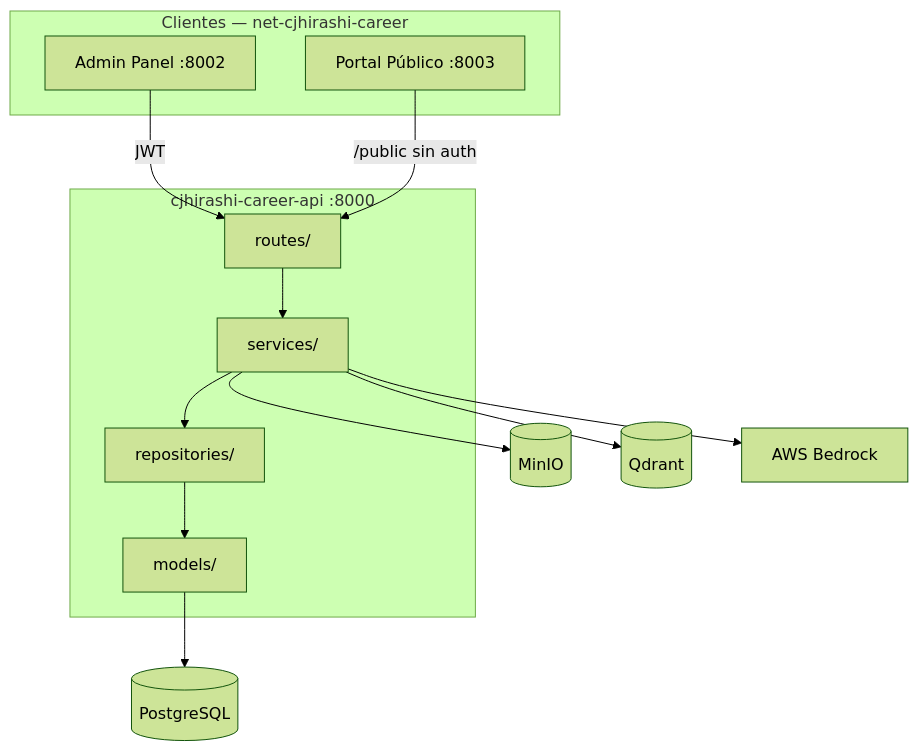
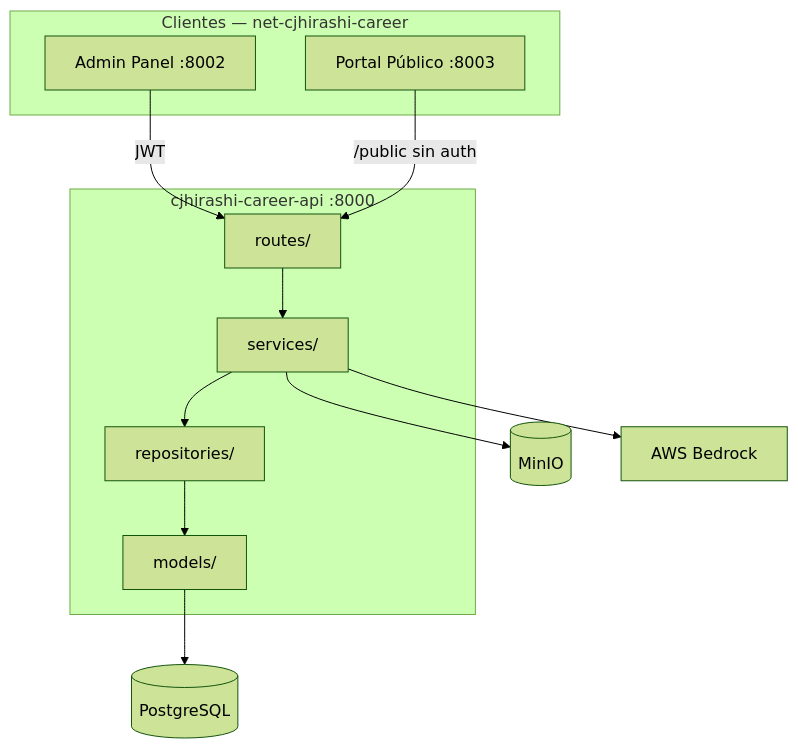
The diagram in cjhirashi-career-api/README.md (cjhirashi/cjhirashi-career), drawn with Mermaid (forest theme) before and after one commit. The commit also changed 81 other files, not shown here.

````diff
--- a/cjhirashi-career-api/README.md
+++ b/cjhirashi-career-api/README.md
@@ -12,27 +12,25 @@
 ```mermaid
 flowchart TB
     subgraph Clientes["Clientes — net-cjhirashi-career"]
         Admin[Admin Panel :8002]
         Portal[Portal Público :8003]
     end
 
     subgraph API["cjhirashi-career-api :8000"]
         Routes[routes/]
         Services[services/]
         Repos[repositories/]
         Models[models/]
         Routes --> Services --> Repos --> Models
     end
 
     PG[(PostgreSQL)]
     MinIO[(MinIO)]
-    Qdrant[(Qdrant)]
     AWS[AWS Bedrock]
 
     Admin -->|JWT| Routes
     Portal -->|/public sin auth| Routes
     Models --> PG
     Services --> MinIO
-    Services --> Qdrant
     Services --> AWS
 ```
````
